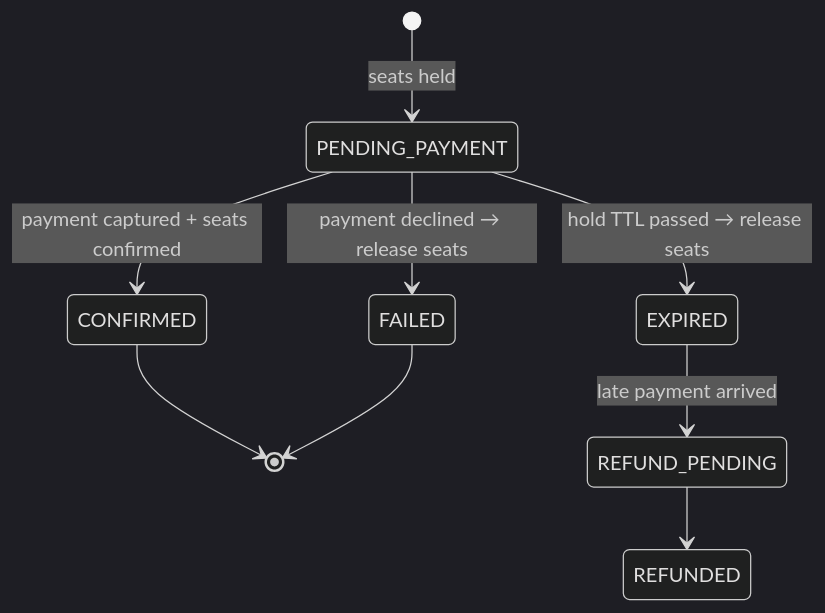
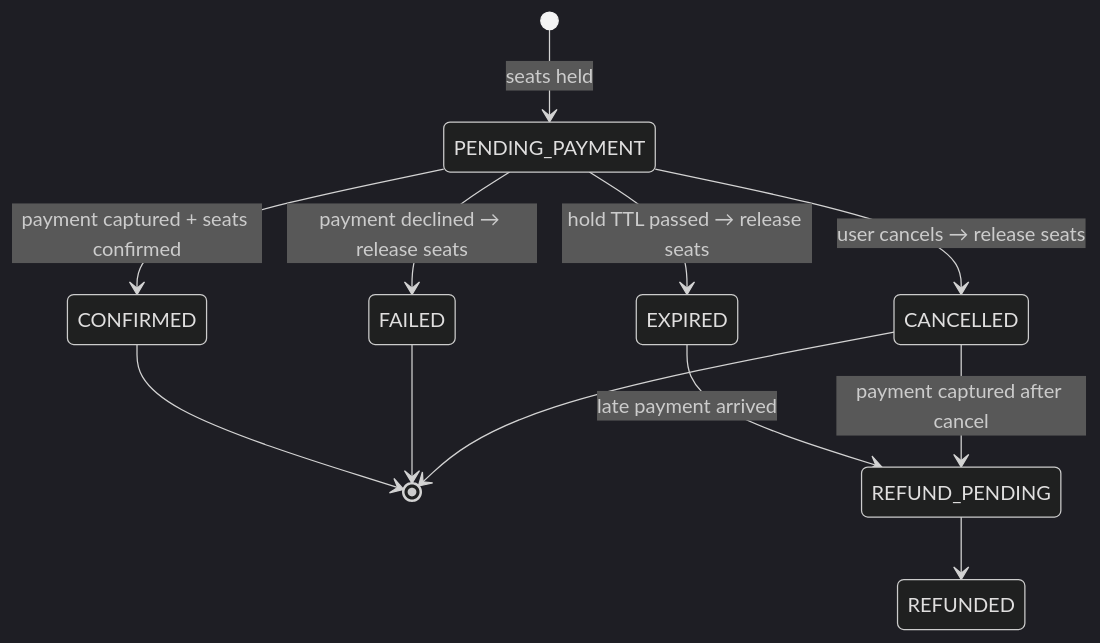
One commit to Vivek-122005/distributed-ticket-reservation-system changed the fourth of 7 diagrams in docs/PROJECT_PLAN.md. Above: the diagram before and after it, drawn with Mermaid (dark theme). The commit also changed other lines of this file and 8 other files, not shown here.

````diff
--- a/docs/PROJECT_PLAN.md
+++ b/docs/PROJECT_PLAN.md
@@ -160,11 +189,14 @@
 ```mermaid
 stateDiagram-v2
     [*] --> PENDING_PAYMENT: seats held
     PENDING_PAYMENT --> CONFIRMED: payment captured + seats confirmed
     PENDING_PAYMENT --> FAILED: payment declined → release seats
     PENDING_PAYMENT --> EXPIRED: hold TTL passed → release seats
+    PENDING_PAYMENT --> CANCELLED: user cancels → release seats
     CONFIRMED --> [*]
     FAILED --> [*]
+    CANCELLED --> [*]
     EXPIRED --> REFUND_PENDING: late payment arrived
+    CANCELLED --> REFUND_PENDING: payment captured after cancel
     REFUND_PENDING --> REFUNDED
 ```
````
